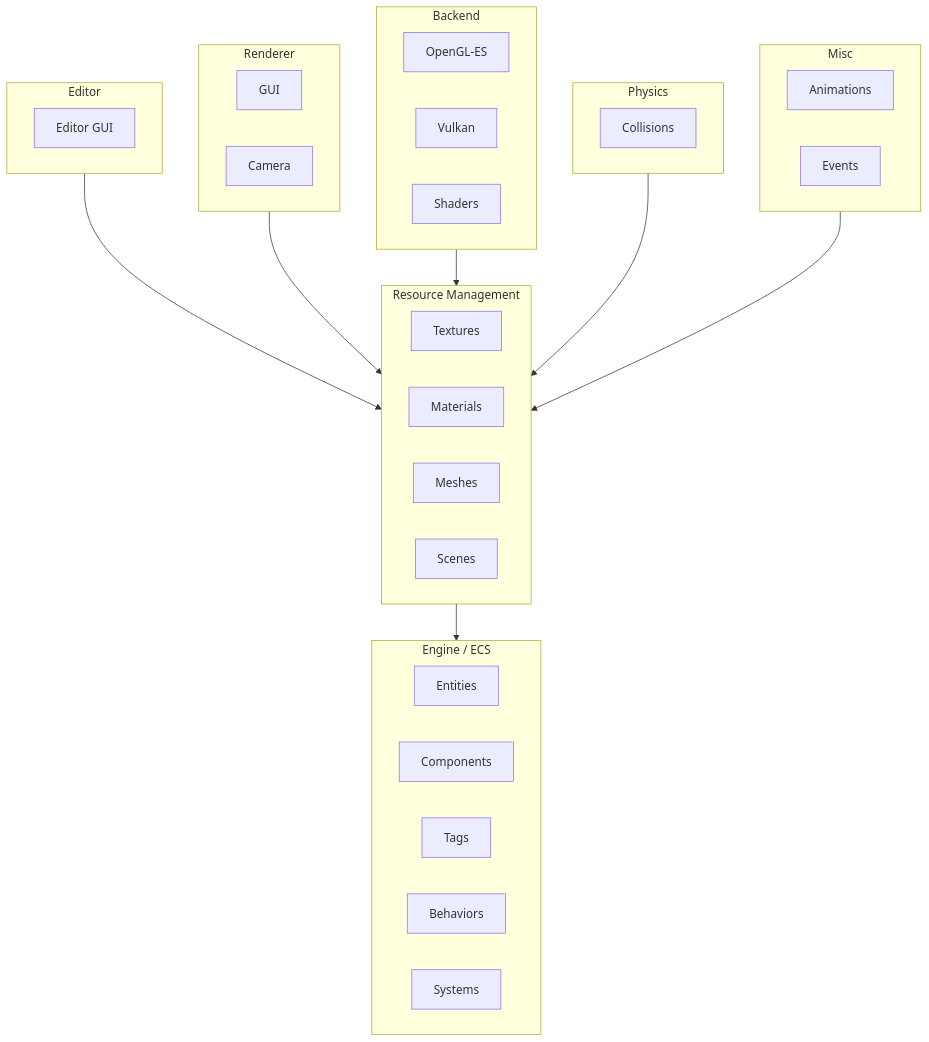
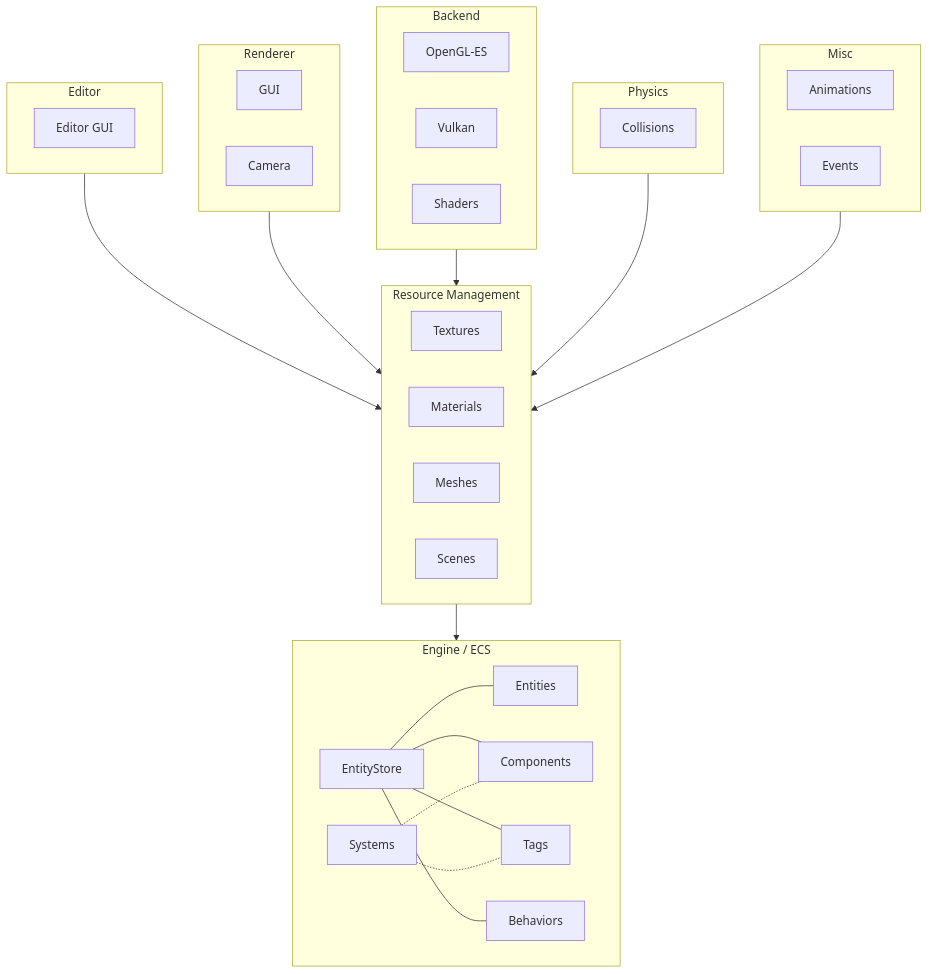
One commit to friflo/Friflo.Json.Fliox changed the first of 2 diagrams in Engine/README.md. Above: the diagram before and after it, drawn with Mermaid.

Commit message:
Engine - update architecture diagram

````diff
--- a/Engine/README.md
+++ b/Engine/README.md
@@ -25,53 +25,62 @@
 ```mermaid
   graph TD;
     subgraph Editor;
         UI[Editor GUI];
     end
 
     subgraph Renderer;
         GUI
         Camera
     end
 
     subgraph Backend;
         OpenGL-ES
         Vulkan
         Shaders
     end
 
     subgraph Physics;
         Collisions
     end
     
     subgraph Misc;
         Animations
         Events
     end
 
 
     subgraph Resource[Resource Management];
         Textures
         Materials
         Meshes
         Animations
         Scenes
     end
 
 
     subgraph Engine[Engine / ECS];
+       EntityStore
        Entities
        Components
        Tags
        Behaviors
        Systems
+
+       EntityStore  --- Entities
+       EntityStore  --- Components
+       EntityStore  --- Tags
+       EntityStore  --- Behaviors
+
+       Systems      -.- Components
+       Systems      -.- Tags
     end
 
     Editor      -->Resource
     Renderer    -->Resource
     Backend     -->Resource
     Physics     -->Resource
     Misc        -->Resource
 
     Resource    -->Engine
       
 ```
````
